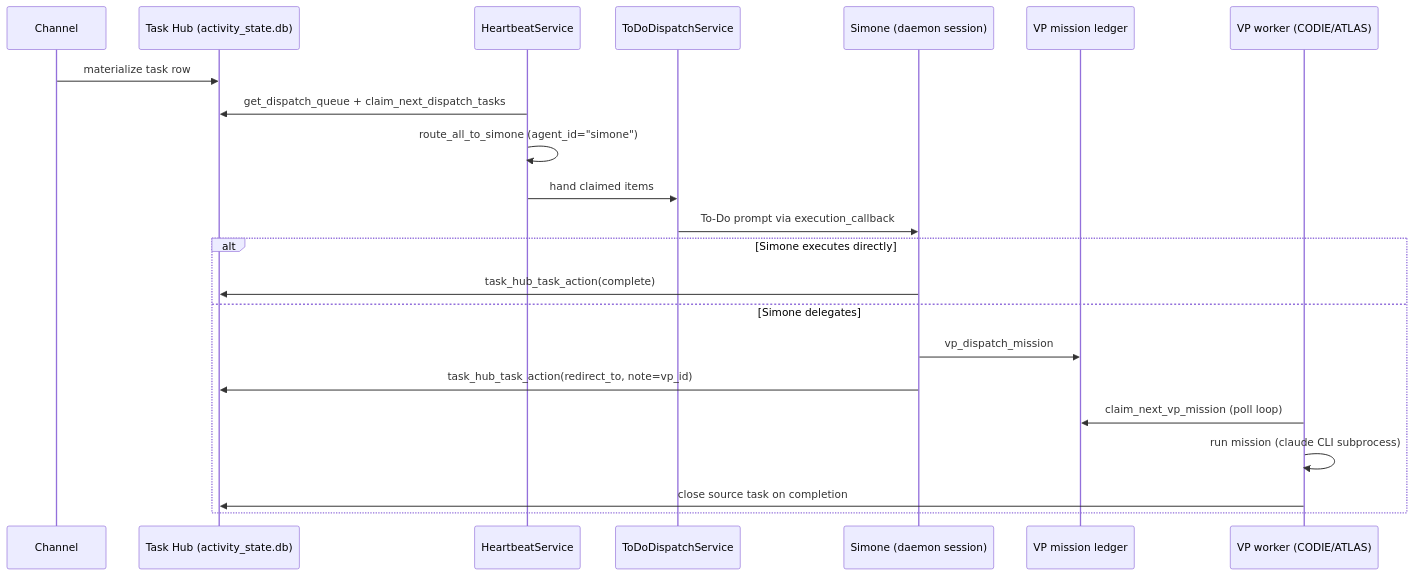
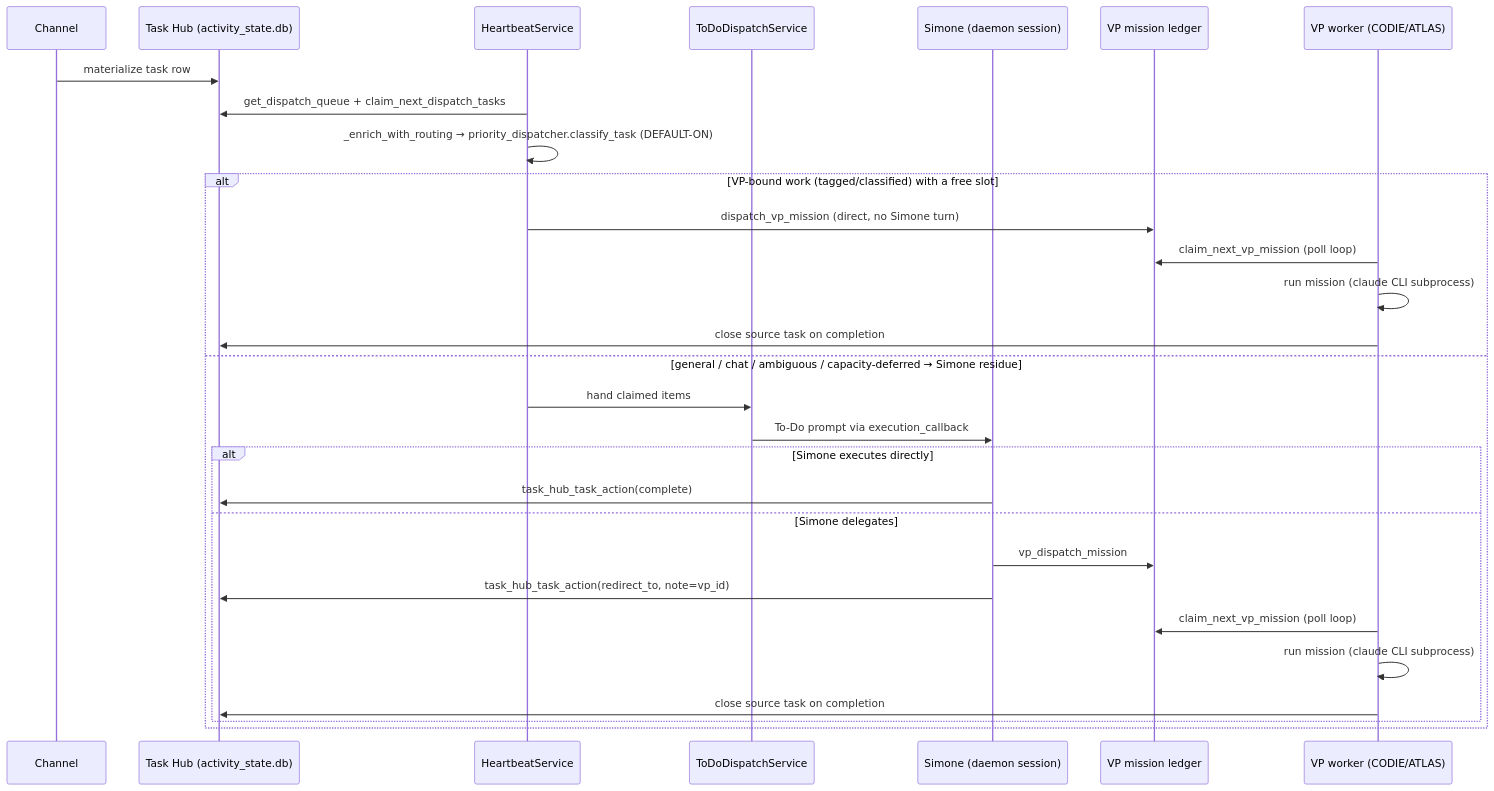
One commit to Kjdragan/universal_agent changed the third of 4 diagrams in project_docs/01_architecture/01_system_overview.md. Above: the diagram before and after it, drawn with Mermaid. The commit also changed other lines of this file and 34 other files, not shown here.

````diff
--- a/project_docs/01_architecture/01_system_overview.md
+++ b/project_docs/01_architecture/01_system_overview.md
@@ -279,25 +349,32 @@
 ```mermaid
 sequenceDiagram
     participant Ch as Channel
     participant TH as Task Hub (activity_state.db)
     participant HB as HeartbeatService
     participant TD as ToDoDispatchService
     participant S as Simone (daemon session)
     participant VPDB as VP mission ledger
     participant W as VP worker (CODIE/ATLAS)
 
     Ch->>TH: materialize task row
     HB->>TH: get_dispatch_queue + claim_next_dispatch_tasks
-    HB->>HB: route_all_to_simone (agent_id="simone")
-    HB->>TD: hand claimed items
-    TD->>S: To-Do prompt via execution_callback
-    alt Simone executes directly
-        S->>TH: task_hub_task_action(complete)
-    else Simone delegates
-        S->>VPDB: vp_dispatch_mission
-        S->>TH: task_hub_task_action(redirect_to, note=vp_id)
+    HB->>HB: _enrich_with_routing → priority_dispatcher.classify_task (DEFAULT-ON)
+    alt VP-bound work (tagged/classified) with a free slot
+        HB->>VPDB: dispatch_vp_mission (direct, no Simone turn)
         W->>VPDB: claim_next_vp_mission (poll loop)
         W->>W: run mission (claude CLI subprocess)
         W->>TH: close source task on completion
+    else general / chat / ambiguous / capacity-deferred → Simone residue
+        HB->>TD: hand claimed items
+        TD->>S: To-Do prompt via execution_callback
+        alt Simone executes directly
+            S->>TH: task_hub_task_action(complete)
+        else Simone delegates
+            S->>VPDB: vp_dispatch_mission
+            S->>TH: task_hub_task_action(redirect_to, note=vp_id)
+            W->>VPDB: claim_next_vp_mission (poll loop)
+            W->>W: run mission (claude CLI subprocess)
+            W->>TH: close source task on completion
+        end
     end
 ```
````
